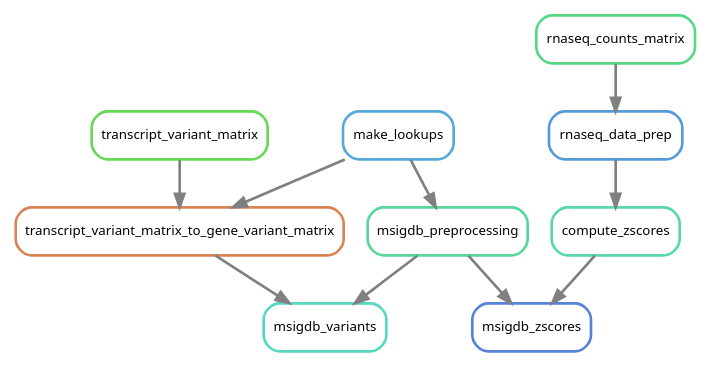
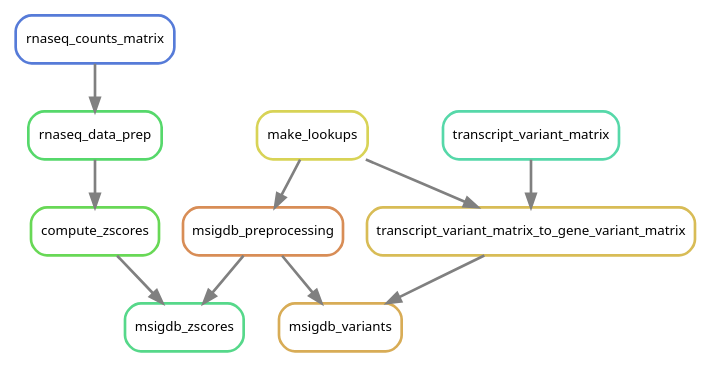
Before and after one commit to NCBI-Hackathons/Pharmacogenomics_Prediction_Pipeline_P3: the diagram in doc/source/images/msigdb.dot, drawn with Graphviz. The commit also changed 25 other files, not shown here.

```diff
--- a/doc/source/images/msigdb.dot
+++ b/doc/source/images/msigdb.dot
@@ -1,23 +1,23 @@
 digraph snakemake_dag {
     graph[bgcolor=white, margin=0];
     node[shape=box, style=rounded, fontname=sans,                 fontsize=10, penwidth=2];
     edge[penwidth=2, color=grey];
-	0[label = "compute_zscores", color = "0.44 0.6 0.85", style="rounded"];
-	1[label = "msigdb_zscores", color = "0.61 0.6 0.85", style="rounded"];
-	2[label = "transcript_variant_matrix_to_gene_variant_matrix", color = "0.06 0.6 0.85", style="rounded"];
-	3[label = "make_lookups", color = "0.56 0.6 0.85", style="rounded"];
-	4[label = "rnaseq_counts_matrix", color = "0.39 0.6 0.85", style="rounded"];
-	5[label = "transcript_variant_matrix", color = "0.31 0.6 0.85", style="rounded"];
-	6[label = "msigdb_variants", color = "0.47 0.6 0.85", style="rounded"];
-	7[label = "rnaseq_data_prep", color = "0.58 0.6 0.85", style="rounded"];
-	8[label = "msigdb_preprocessing", color = "0.42 0.6 0.85", style="rounded"];
-	7 -> 0
-	0 -> 1
-	8 -> 1
-	5 -> 2
-	3 -> 2
-	2 -> 6
-	8 -> 6
-	4 -> 7
-	3 -> 8
+	0[label = "transcript_variant_matrix", color = "0.44 0.6 0.85", style="rounded"];
+	1[label = "rnaseq_data_prep", color = "0.36 0.6 0.85", style="rounded"];
+	2[label = "msigdb_zscores", color = "0.40 0.6 0.85", style="rounded"];
+	3[label = "msigdb_variants", color = "0.11 0.6 0.85", style="rounded"];
+	4[label = "transcript_variant_matrix_to_gene_variant_matrix", color = "0.13 0.6 0.85", style="rounded"];
+	5[label = "rnaseq_counts_matrix", color = "0.62 0.6 0.85", style="rounded"];
+	6[label = "compute_zscores", color = "0.31 0.6 0.85", style="rounded"];
+	7[label = "msigdb_preprocessing", color = "0.07 0.6 0.85", style="rounded"];
+	8[label = "make_lookups", color = "0.16 0.6 0.85", style="rounded"];
+	5 -> 1
+	6 -> 2
+	7 -> 2
+	4 -> 3
+	7 -> 3
+	8 -> 4
+	0 -> 4
+	1 -> 6
+	8 -> 7
 }            
```
